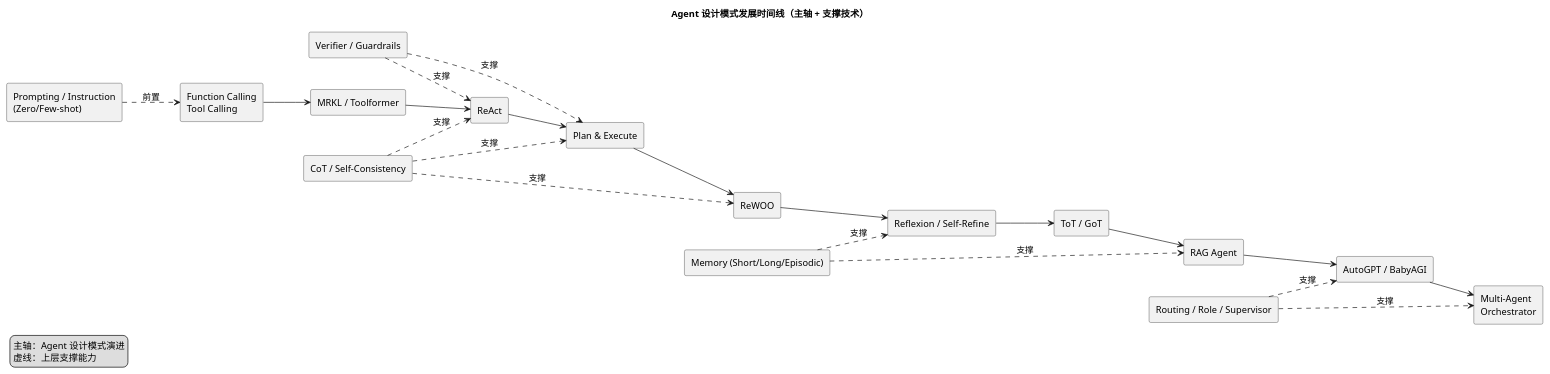
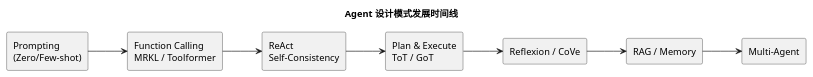
The diagram in content/tech/ai/agent-design-pattern-evolution/index.zh-cn.md (ZHOUKAILIAN/Blog), drawn with PlantUML before and after one commit. The commit also changed other lines of this file, not shown here.

First line of the commit message:
docs: 重构 Agent 设计模式文章 - 区分技术类型与演进关系

````diff
--- a/content/tech/ai/agent-design-pattern-evolution/index.zh-cn.md
+++ b/content/tech/ai/agent-design-pattern-evolution/index.zh-cn.md
@@ -27,53 +138,26 @@
 ```plantuml
 @startuml
 left to right direction
 skinparam shadowing false
 skinparam packageStyle rectangle
 skinparam defaultFontName Monospace
 
-title Agent 设计模式发展时间线（主轴 + 支撑技术）
+title Agent 设计模式发展时间线
 
-rectangle "Prompting / Instruction\n(Zero/Few-shot)" as PROMPT
-rectangle "Function Calling\nTool Calling" as FC
-rectangle "MRKL / Toolformer" as MRKL
-rectangle "ReAct" as REACT
-rectangle "Plan & Execute" as PE
-rectangle "ReWOO" as REWOO
-rectangle "Reflexion / Self-Refine" as REF
-rectangle "ToT / GoT" as TOT
-rectangle "RAG Agent" as RAG
-rectangle "AutoGPT / BabyAGI" as AUTO
-rectangle "Multi-Agent\nOrchestrator" as MULTI
+rectangle "Prompting\n(Zero/Few-shot)" as PROMPT
+rectangle "Function Calling\nMRKL / Toolformer" as FC
+rectangle "ReAct\nSelf-Consistency" as REACT
+rectangle "Plan & Execute\nToT / GoT" as PE
+rectangle "Reflexion / CoVe" as REF
+rectangle "RAG / Memory" as RAG
+rectangle "Multi-Agent" as MULTI
 
-FC --> MRKL
-MRKL --> REACT
+PROMPT --> FC
+FC --> REACT
 REACT --> PE
-PE --> REWOO
-REWOO --> REF
-REF --> TOT
-TOT --> RAG
-RAG --> AUTO
-AUTO --> MULTI
+PE --> REF
+REF --> RAG
+RAG --> MULTI
 
-rectangle "CoT / Self-Consistency" as COT
-rectangle "Memory (Short/Long/Episodic)" as MEM
-rectangle "Verifier / Guardrails" as SAFE
-rectangle "Routing / Role / Supervisor" as ROUTE
-
-PROMPT ..> FC : 前置
-COT ..> REACT : 支撑
-COT ..> PE : 支撑
-COT ..> REWOO : 支撑
-MEM ..> REF : 支撑
-MEM ..> RAG : 支撑
-SAFE ..> REACT : 支撑
-SAFE ..> PE : 支撑
-ROUTE ..> MULTI : 支撑
-ROUTE ..> AUTO : 支撑
-
-legend left
-  主轴：Agent 设计模式演进
-  虚线：上层支撑能力
-endlegend
 @enduml
 ```
````
